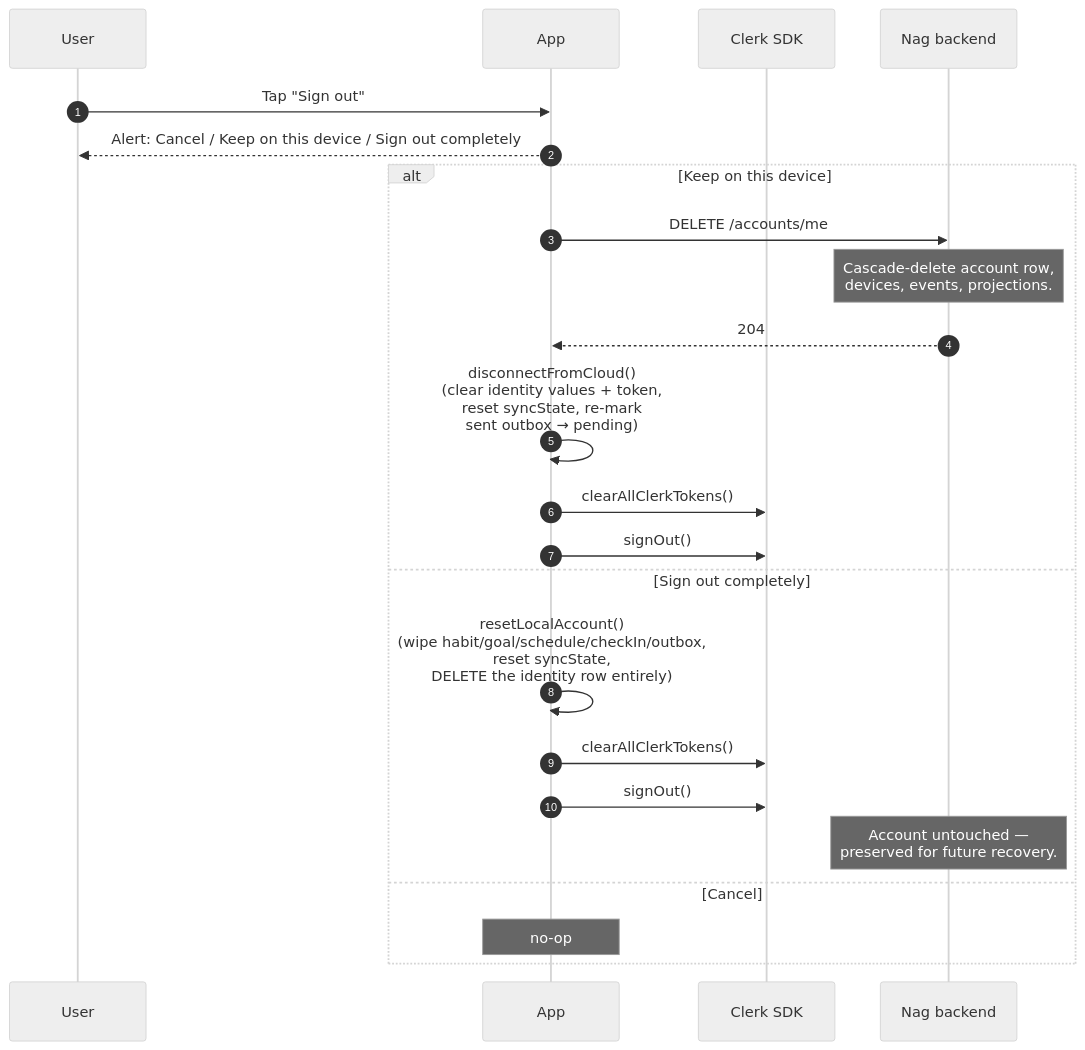
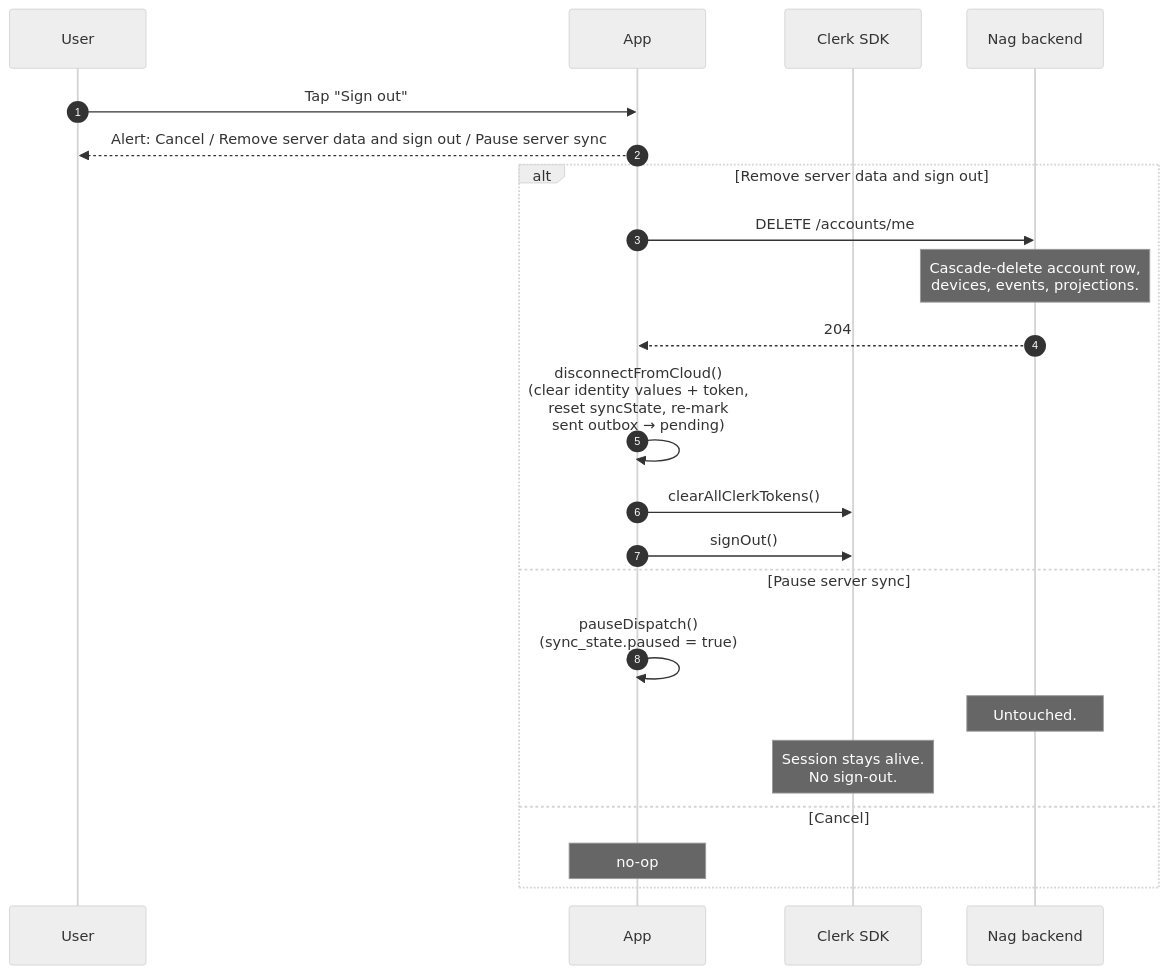
The third of 12 diagrams in docs/IdentityAndAuth.md (auctionready/nag), drawn with Mermaid (neutral theme) before and after one commit. The commit also changed other lines of this file and 20 other files, not shown here.

````diff
--- a/docs/IdentityAndAuth.md
+++ b/docs/IdentityAndAuth.md
@@ -405,26 +418,25 @@
 ```mermaid
 sequenceDiagram
     autonumber
     participant U as User
     participant App as App
     participant Clerk as Clerk SDK
     participant Server as Nag backend
 
     U->>App: Tap "Sign out"
-    App-->>U: Alert: Cancel / Keep on this device / Sign out completely
-    alt Keep on this device
+    App-->>U: Alert: Cancel / Remove server data and sign out / Pause server sync
+    alt Remove server data and sign out
         App->>Server: DELETE /accounts/me
         Note over Server: Cascade-delete account row,<br/>devices, events, projections.
         Server-->>App: 204
         App->>App: disconnectFromCloud()<br/>(clear identity values + token,<br/>reset syncState, re-mark<br/>sent outbox → pending)
         App->>Clerk: clearAllClerkTokens()
         App->>Clerk: signOut()
-    else Sign out completely
-        App->>App: resetLocalAccount()<br/>(wipe habit/goal/schedule/checkIn/outbox,<br/>reset syncState,<br/>DELETE the identity row entirely)
-        App->>Clerk: clearAllClerkTokens()
-        App->>Clerk: signOut()
-        Note over Server: Account untouched —<br/>preserved for future recovery.
+    else Pause server sync
+        App->>App: pauseDispatch()<br/>(sync_state.paused = true)
+        Note over Server: Untouched.
+        Note over Clerk: Session stays alive.<br/>No sign-out.
     else Cancel
         Note over App: no-op
     end
 ```
````
